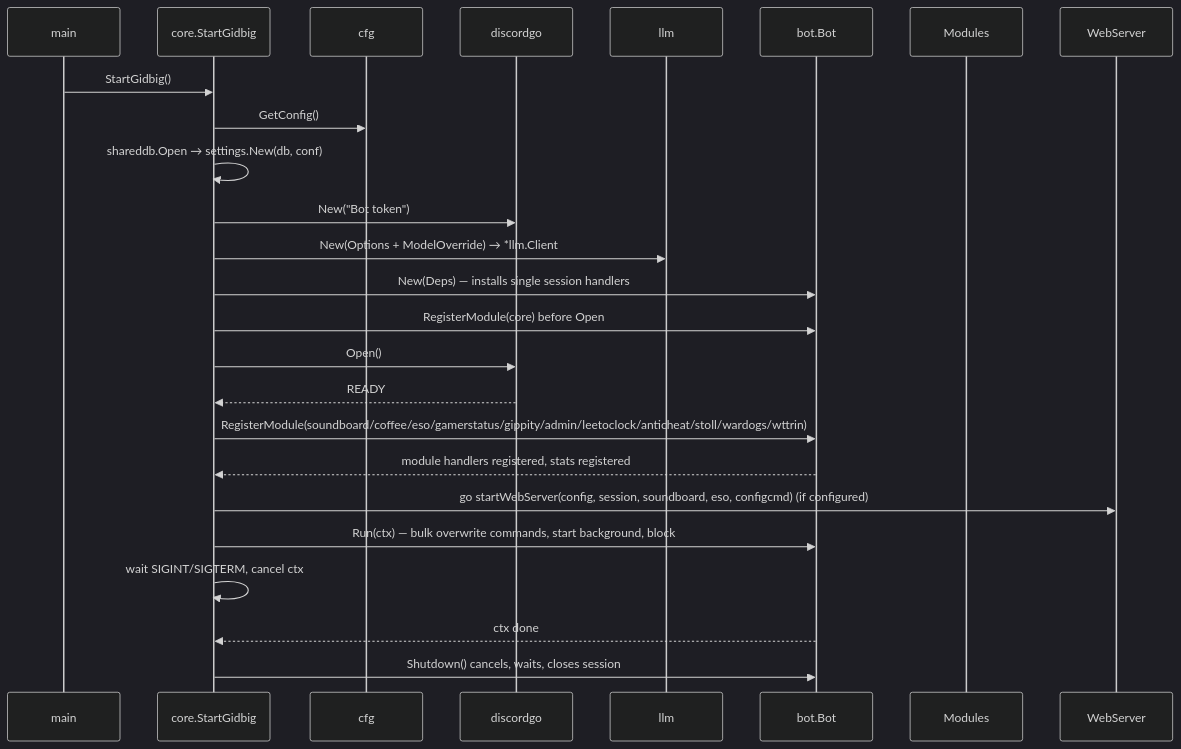
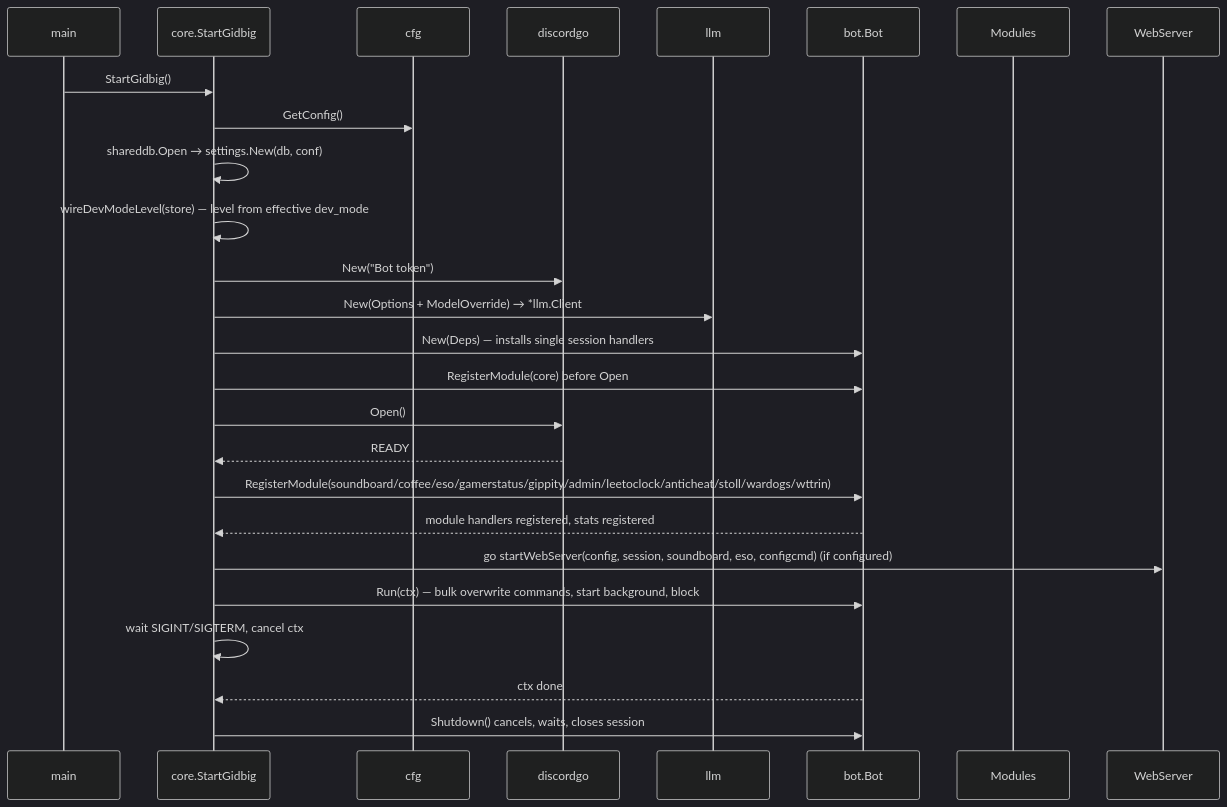
Before and after one commit to toksikk/gidbig: the first of 3 diagrams in docs/modules/core.md, drawn with Mermaid (dark theme). The commit also changed other lines of this file and 7 other files, not shown here.

Commit message:
core (#317): hot dev_mode log level

````diff
--- a/docs/modules/core.md
+++ b/docs/modules/core.md
@@ -32,28 +41,29 @@
 ```mermaid
 sequenceDiagram
     participant main
     participant core as core.StartGidbig
     participant cfg
     participant dg as discordgo
     participant llm
     participant bot as bot.Bot
     participant mod as Modules
     participant web as WebServer
 
     main->>core: StartGidbig()
     core->>cfg: GetConfig()
     core->>core: shareddb.Open → settings.New(db, conf)
+    core->>core: wireDevModeLevel(store) — level from effective dev_mode
     core->>dg: New("Bot token")
     core->>llm: New(Options + ModelOverride) → *llm.Client
     core->>bot: New(Deps) — installs single session handlers
     core->>bot: RegisterModule(core) before Open
     core->>dg: Open()
     dg-->>core: READY
     core->>bot: RegisterModule(soundboard/coffee/eso/gamerstatus/gippity/admin/leetoclock/anticheat/stoll/wardogs/wttrin)
     bot-->>core: module handlers registered, stats registered
     core->>web: go startWebServer(config, session, soundboard, eso, configcmd) (if configured)
     core->>bot: Run(ctx) — bulk overwrite commands, start background, block
     core->>core: wait SIGINT/SIGTERM, cancel ctx
     bot-->>core: ctx done
     core->>bot: Shutdown() cancels, waits, closes session
 ```
````
